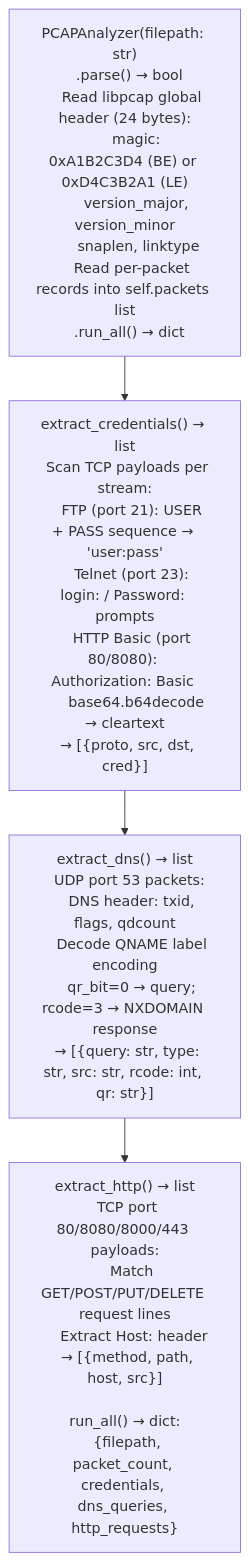
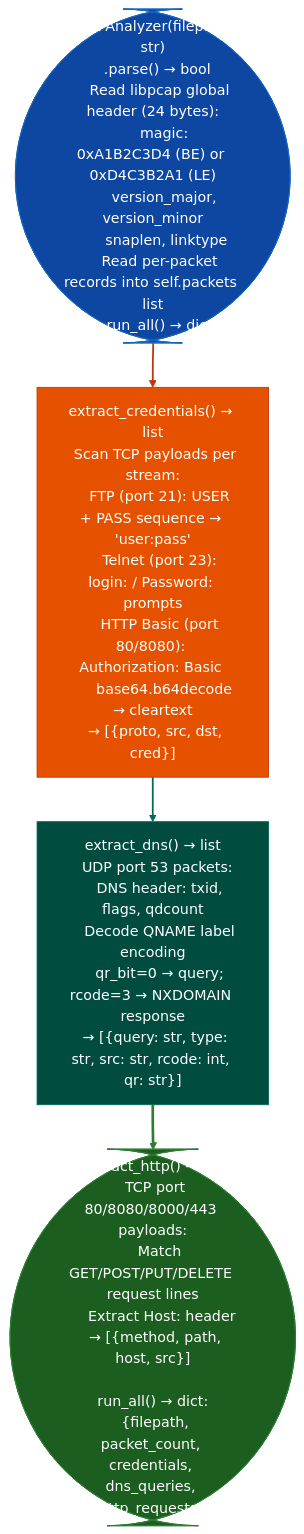
One commit to Ablation-Tool/ablation changed the diagram in docs/reference-modules/pcap-inspection.md. Above: the diagram before and after it, drawn with Mermaid. The commit also changed 320 other files, not shown here.

First line of the commit message:
docs: apply canonical Mermaid template to all 321 diagrams

````diff
--- a/docs/reference-modules/pcap-inspection.md
+++ b/docs/reference-modules/pcap-inspection.md
@@ -19,6 +19,15 @@
 ```mermaid
 flowchart TD
-    A["PCAPAnalyzer(filepath: str)\n  .parse() → bool\n    Read libpcap global header (24 bytes):\n      magic: 0xA1B2C3D4 (BE) or 0xD4C3B2A1 (LE)\n      version_major, version_minor\n      snaplen, linktype\n    Read per-packet records into self.packets list\n  .run_all() → dict"] --> B["extract_credentials() → list\n  Scan TCP payloads per stream:\n    FTP (port 21): USER + PASS sequence → 'user:pass'\n    Telnet (port 23): login: / Password: prompts\n    HTTP Basic (port 80/8080): Authorization: Basic <b64>\n      base64.b64decode → cleartext\n  → [{proto, src, dst, cred}]"]
-    B --> C["extract_dns() → list\n  UDP port 53 packets:\n    DNS header: txid, flags, qdcount\n    Decode QNAME label encoding\n    qr_bit=0 → query; rcode=3 → NXDOMAIN response\n  → [{query: str, type: str, src: str, rcode: int, qr: str}]"]
-    C --> D["extract_http() → list\n  TCP port 80/8080/8000/443 payloads:\n    Match GET/POST/PUT/DELETE request lines\n    Extract Host: header\n  → [{method, path, host, src}]\n\nrun_all() → dict:\n  {filepath, packet_count, credentials, dns_queries, http_requests}"]
+    A(["PCAPAnalyzer(filepath: str)\n  .parse() → bool\n    Read libpcap global header (24 bytes):\n      magic: 0xA1B2C3D4 (BE) or 0xD4C3B2A1 (LE)\n      version_major, version_minor\n      snaplen, linktype\n    Read per-packet records into self.packets list\n  .run_all() → dict"]):::input --> B["extract_credentials() → list\n  Scan TCP payloads per stream:\n    FTP (port 21): USER + PASS sequence → 'user:pass'\n    Telnet (port 23): login: / Password: prompts\n    HTTP Basic (port 80/8080): Authorization: Basic <b64>\n      base64.b64decode → cleartext\n  → [{proto, src, dst, cred}]"]:::primary
+    B:::primary --> C["extract_dns() → list\n  UDP port 53 packets:\n    DNS header: txid, flags, qdcount\n    Decode QNAME label encoding\n    qr_bit=0 → query; rcode=3 → NXDOMAIN response\n  → [{query: str, type: str, src: str, rcode: int, qr: str}]"]:::secondary
+    C:::secondary --> D(["extract_http() → list\n  TCP port 80/8080/8000/443 payloads:\n    Match GET/POST/PUT/DELETE request lines\n    Extract Host: header\n  → [{method, path, host, src}]\n\nrun_all() → dict:\n  {filepath, packet_count, credentials, dns_queries, http_requests}"]):::output
+    classDef input     fill:#0d47a1,stroke:#1565c0,color:#fff
+    classDef primary   fill:#e65100,stroke:#bf360c,color:#fff
+    classDef secondary fill:#004d40,stroke:#00695c,color:#fff
+    classDef tertiary  fill:#4a148c,stroke:#6a1b9a,color:#fff
+    classDef neutral   fill:#37474f,stroke:#546e7a,color:#fff
+    classDef output    fill:#1b5e20,stroke:#2e7d32,color:#fff
+    linkStyle 0 stroke:#bf360c,stroke-width:2px
+    linkStyle 1 stroke:#00695c,stroke-width:2px
+    linkStyle 2 stroke:#2e7d32,stroke-width:3px
 ```
````
